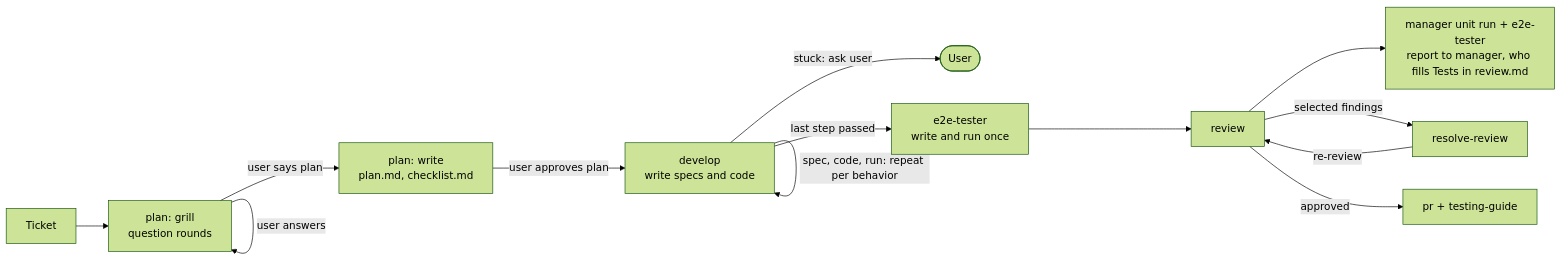
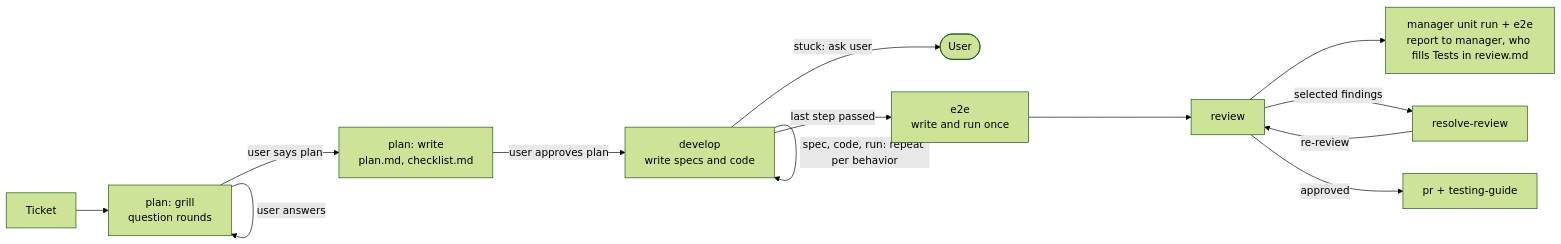
Before and after one commit to le0u0/just-do-it: the second of 3 diagrams in docs/architecture/ARCHITECTURE.md, drawn with Mermaid (forest theme). The commit also changed other lines of this file and 19 other files, not shown here.

Commit message:
refactor: drop roles, merge write-e2e and run-e2e into e2e

````diff
--- a/docs/architecture/ARCHITECTURE.md
+++ b/docs/architecture/ARCHITECTURE.md
@@ -21,15 +17,15 @@
 ```mermaid
 flowchart LR
     T[Ticket] --> TH[plan: grill<br/>question rounds]
     TH -->|user answers| TH
     TH -->|user says plan| PL[plan: write<br/>plan.md, checklist.md]
     PL -->|user approves plan| S[develop<br/>write specs and code]
     S -->|spec, code, run: repeat per behavior| S
     S -->|stuck: ask user| U2([User])
-    S -->|last step passed| E2[e2e-tester<br/>write and run once]
+    S -->|last step passed| E2[e2e<br/>write and run once]
     E2 --> RV[review]
-    RV --> UT2[manager unit run + e2e-tester<br>report to manager, who fills Tests in review.md]
+    RV --> UT2[manager unit run + e2e<br>report to manager, who fills Tests in review.md]
     RV -->|selected findings| RS[resolve-review]
     RS -->|re-review| RV
     RV -->|approved| PR[pr + testing-guide]
 ```
````
